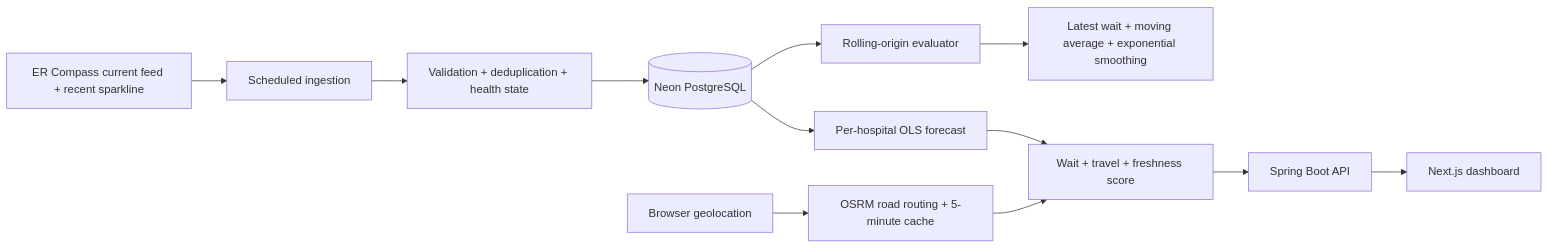
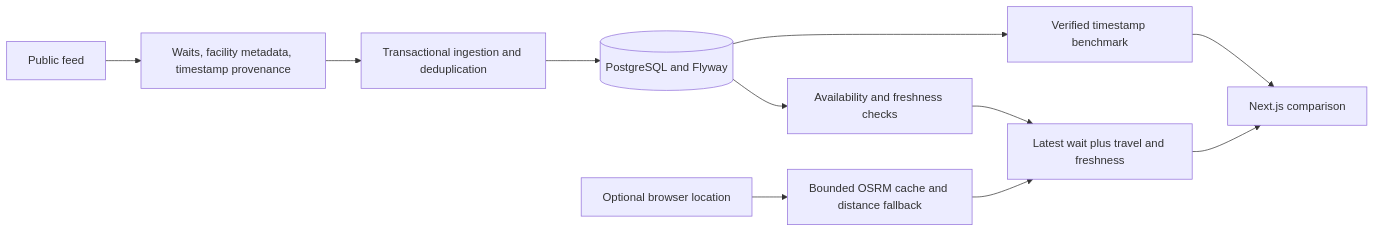
Before and after one commit to Tomiwa-Adewumi/CareRoute: the diagram in docs/architecture.md, drawn with Mermaid. The commit also changed other lines of this file and 37 other files, not shown here.

````diff
--- a/docs/architecture.md
+++ b/docs/architecture.md
@@ -5,14 +3,13 @@
 ```mermaid
 flowchart LR
-  Feed[ER Compass current feed + recent sparkline] --> Ingest[Scheduled ingestion]
-  Ingest --> Quality[Validation + deduplication + health state]
-  Quality --> Neon[(Neon PostgreSQL)]
-  Neon --> OLS[Per-hospital OLS forecast]
-  Neon --> Eval[Rolling-origin evaluator]
-  Eval --> Compare[Latest wait + moving average + exponential smoothing]
-  Location[Browser geolocation] --> Route[OSRM road routing + 5-minute cache]
-  Route --> Rank[Wait + travel + freshness score]
-  OLS --> Rank
-  Rank --> API[Spring Boot API]
-  API --> UI[Next.js dashboard]
+  Feed[Public feed] --> Parse[Waits, facility metadata, timestamp provenance]
+  Parse --> Ingest[Transactional ingestion and deduplication]
+  Ingest --> DB[(PostgreSQL and Flyway)]
+  DB --> Eligibility[Availability and freshness checks]
+  Location[Optional browser location] --> Routes[Bounded OSRM cache and distance fallback]
+  Eligibility --> Compare[Latest wait plus travel and freshness]
+  Routes --> Compare
+  DB --> Eval[Verified timestamp benchmark]
+  Compare --> UI[Next.js comparison]
+  Eval --> UI
 ```
````
